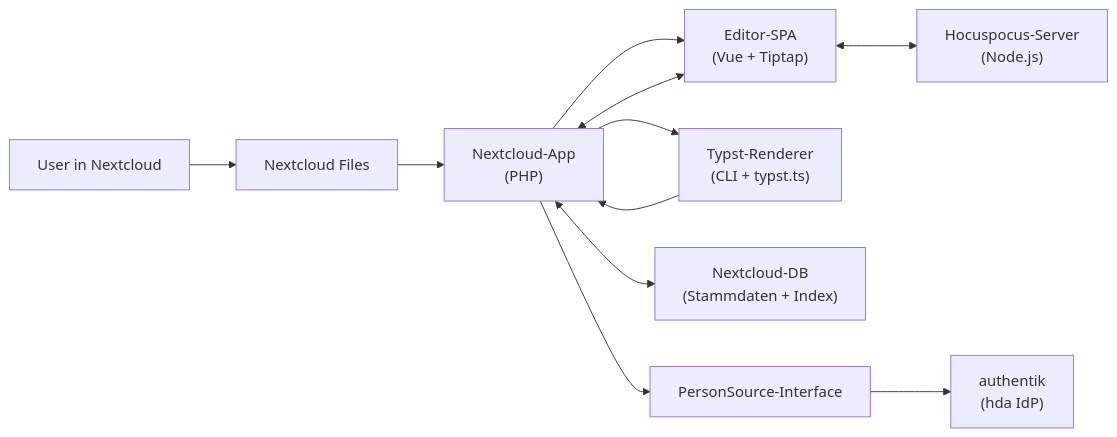
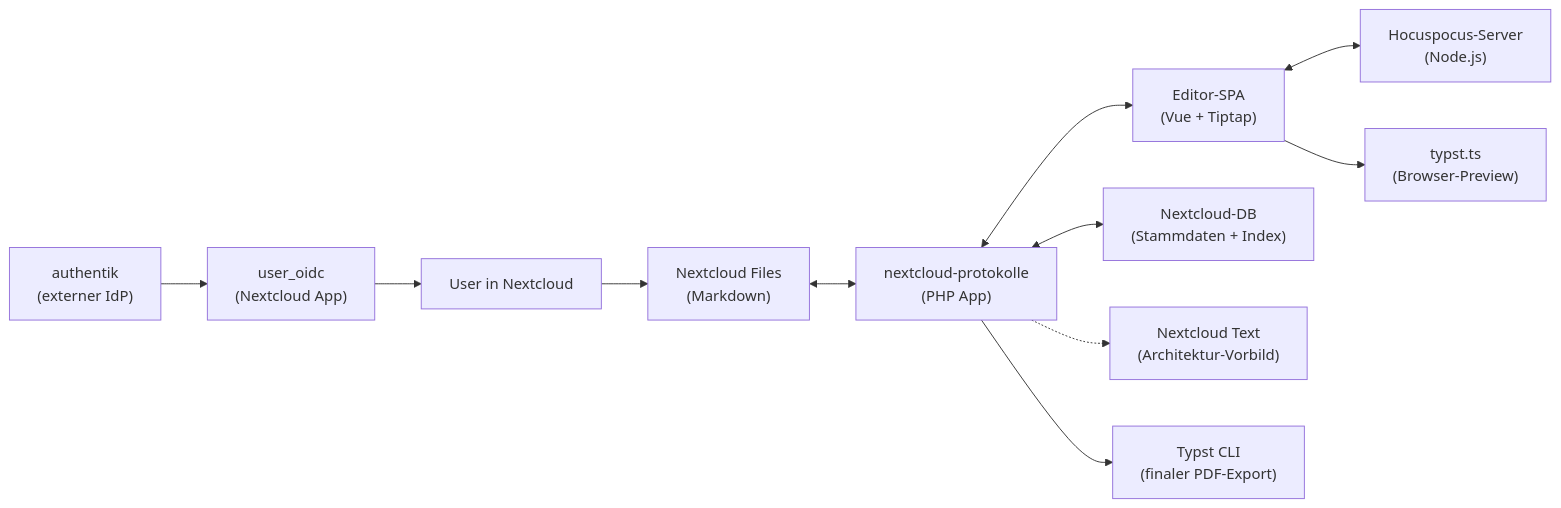
The first of 5 diagrams in ARCHITECTURE.md (dergabriel/nextcloud-protokolle), drawn with Mermaid before and after one commit. The commit also changed other lines of this file, not shown here.

Commit message:
docs: pivot architecture to lean on nextcloud text and user_oidc

````diff
--- a/ARCHITECTURE.md
+++ b/ARCHITECTURE.md
@@ -22,23 +25,25 @@
 ```mermaid
 flowchart LR
     User["User in Nextcloud"]
-    Files["Nextcloud Files"]
-    App["Nextcloud-App<br/>(PHP)"]
+    Files["Nextcloud Files<br/>(Markdown)"]
+    App["nextcloud-protokolle<br/>(PHP App)"]
     Editor["Editor-SPA<br/>(Vue + Tiptap)"]
     Hocuspocus["Hocuspocus-Server<br/>(Node.js)"]
-    Typst["Typst-Renderer<br/>(CLI + typst.ts)"]
     DB["Nextcloud-DB<br/>(Stammdaten + Index)"]
-    PersonSource["PersonSource-Interface"]
-    Authentik["authentik<br/>(hda IdP)"]
+    Text["Nextcloud Text<br/>(Architektur-Vorbild)"]
+    UserOidc["user_oidc<br/>(Nextcloud App)"]
+    Authentik["authentik<br/>(externer IdP)"]
+    TypstCli["Typst CLI<br/>(finaler PDF-Export)"]
+    TypstTs["typst.ts<br/>(Browser-Preview)"]
 
     User --> Files
-    Files --> App
-    App --> Editor
-    Editor <--> App
+    Files <--> App
+    App <--> Editor
     App <--> DB
-    App --> PersonSource
-    PersonSource --> Authentik
     Editor <--> Hocuspocus
-    App --> Typst
-    Typst --> App
+    Editor --> TypstTs
+    App --> TypstCli
+    Authentik --> UserOidc
+    UserOidc --> User
+    App -.-> Text
 ```
````
